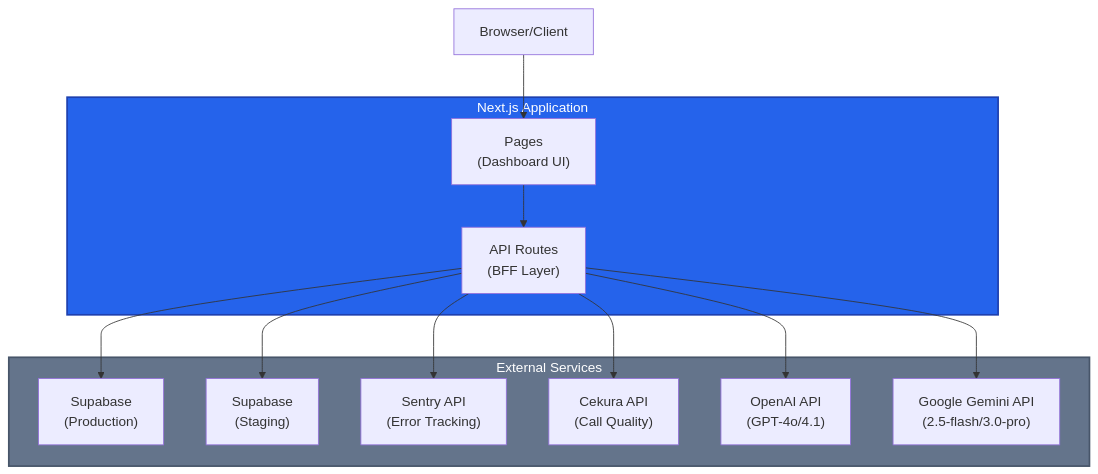
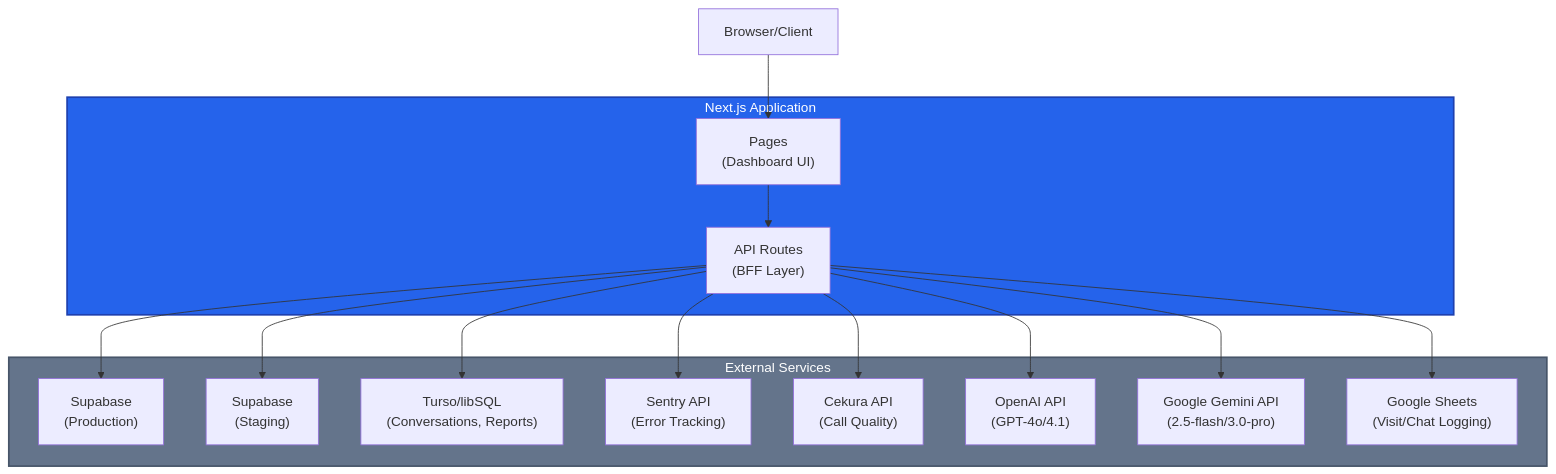
The first of 13 diagrams in docs/ARCHITECTURE.md (NachiketsinghKandari/AI-Receptionist-Dashboard), drawn with Mermaid before and after one commit. The commit also changed other lines of this file and 6 other files, not shown here.

````diff
--- a/docs/ARCHITECTURE.md
+++ b/docs/ARCHITECTURE.md
@@ -18,30 +19,34 @@
 ```mermaid
 graph TB
     Browser[Browser/Client]
 
     subgraph NextJS["Next.js Application"]
         Pages["Pages<br/>(Dashboard UI)"]
         API["API Routes<br/>(BFF Layer)"]
     end
 
     subgraph External["External Services"]
         SupaProd["Supabase<br/>(Production)"]
         SupaStaging["Supabase<br/>(Staging)"]
+        Turso["Turso/libSQL<br/>(Conversations, Reports)"]
         Sentry["Sentry API<br/>(Error Tracking)"]
         Cekura["Cekura API<br/>(Call Quality)"]
         OpenAI["OpenAI API<br/>(GPT-4o/4.1)"]
         Gemini["Google Gemini API<br/>(2.5-flash/3.0-pro)"]
+        GSheets["Google Sheets<br/>(Visit/Chat Logging)"]
     end
 
     Browser --> Pages
     Pages --> API
     API --> SupaProd
     API --> SupaStaging
+    API --> Turso
     API --> Sentry
     API --> Cekura
     API --> OpenAI
     API --> Gemini
+    API --> GSheets
 
     style NextJS fill:#2563eb,stroke:#1e40af,stroke-width:2px,color:#fff
     style External fill:#64748b,stroke:#475569,stroke-width:2px,color:#fff
 ```
````
